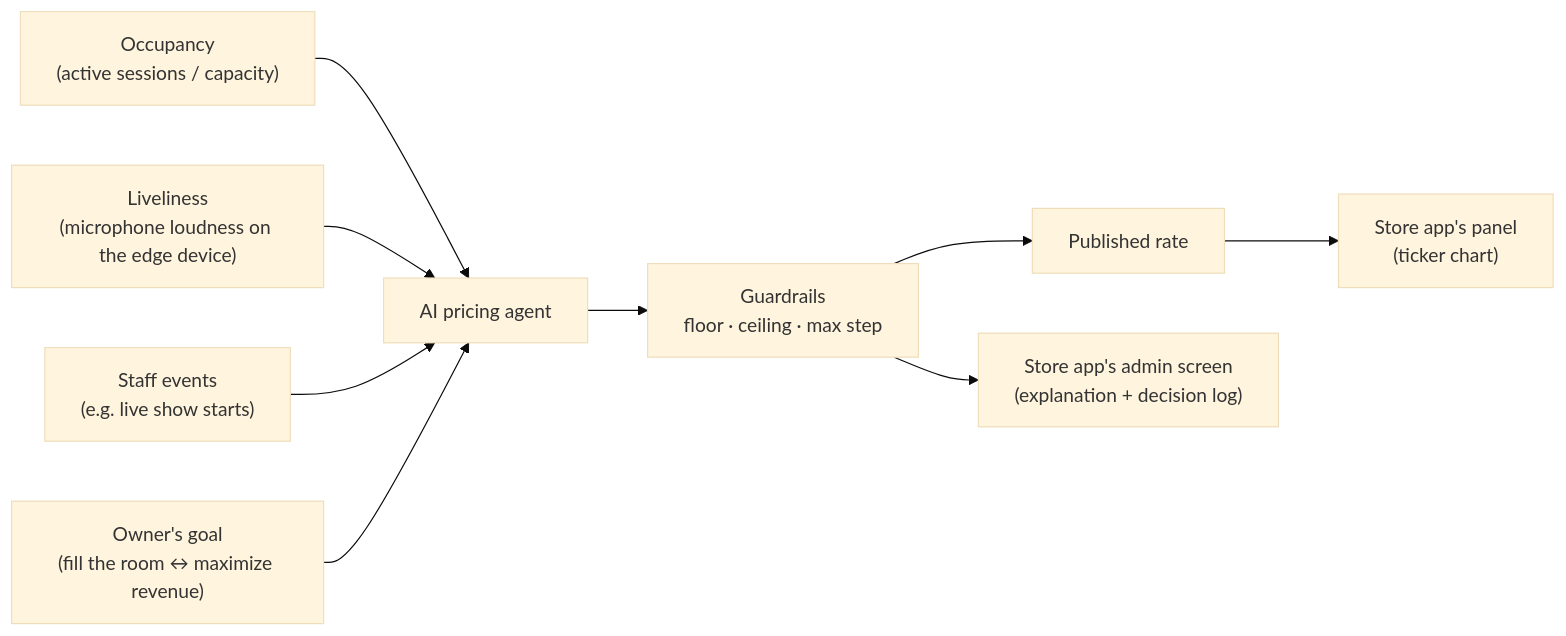
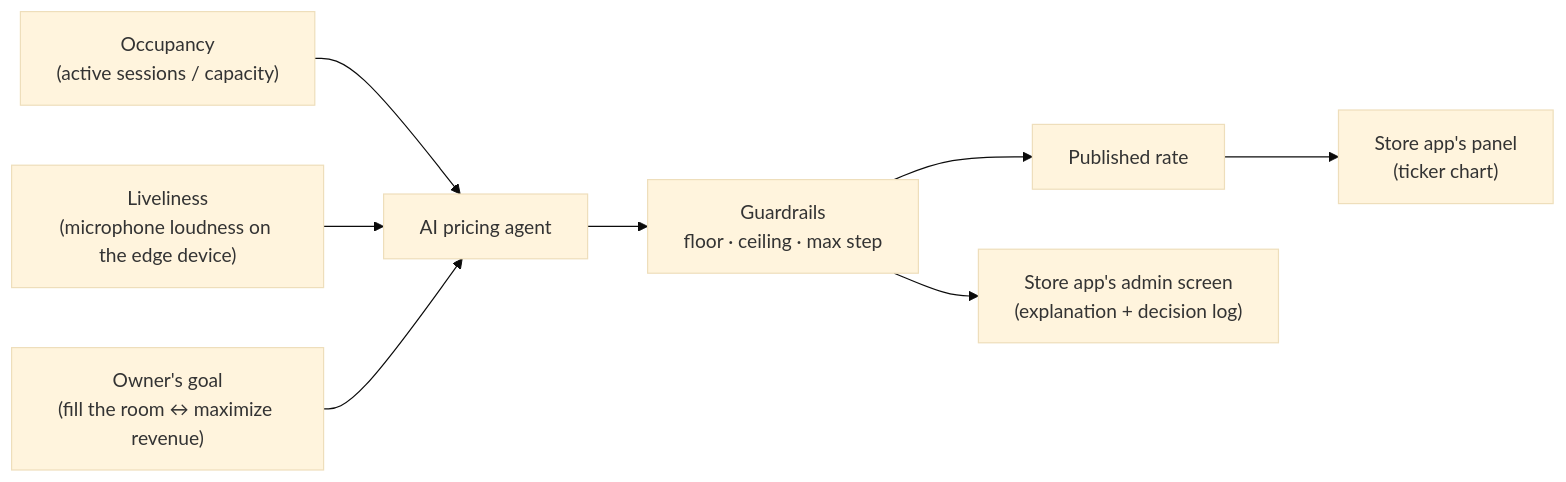
Before and after one commit to sumiredc/barpay: the second of 4 diagrams in docs/PRD.md, drawn with Mermaid (base theme). The commit also changed other lines of this file and 18 other files, not shown here.

First line of the commit message:
Remove staff events from the pricing inputs and the admin API

````diff
--- a/docs/PRD.md
+++ b/docs/PRD.md
@@ -95,11 +95,10 @@
 ```mermaid
 flowchart LR
   S1["Occupancy<br/>(active sessions / capacity)"] --> AI
   S2["Liveliness<br/>(microphone loudness on the edge device)"] --> AI
-  S4["Staff events<br/>(e.g. live show starts)"] --> AI
   Goal["Owner's goal<br/>(fill the room ↔ maximize revenue)"] --> AI
   AI["AI pricing agent"] --> G["Guardrails<br/>floor · ceiling · max step"]
   G --> P["Published rate"]
   P --> C["Store app's panel<br/>(ticker chart)"]
   G --> D["Store app's admin screen<br/>(explanation + decision log)"]
 ```
````
